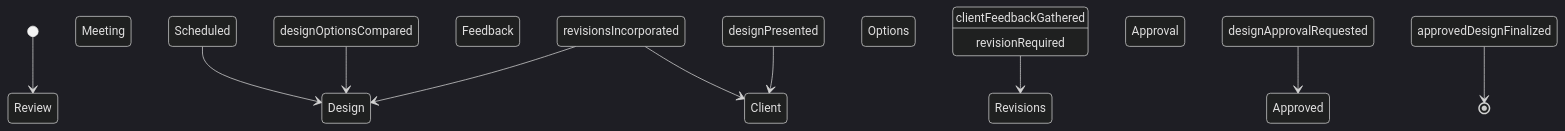
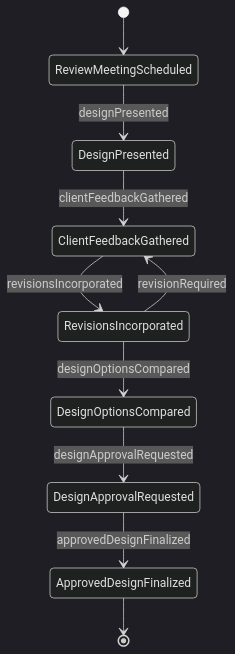
One commit to dot-org-ai/tasks.org.ai changed the second of 4 diagrams in CommunicatingWithSupervisorsPeersOrSubordinates/ConferWithClientsToDetermineNeedsOrOrderSpecifications/DiscussDesignsPlansClients.mdx. Above: the diagram before and after it, drawn with Mermaid (dark theme). The commit also changed other lines of this file and 515 other files, not shown here.

````diff
--- a/CommunicatingWithSupervisorsPeersOrSubordinates/ConferWithClientsToDetermineNeedsOrOrderSpecifications/DiscussDesignsPlansClients.mdx
+++ b/CommunicatingWithSupervisorsPeersOrSubordinates/ConferWithClientsToDetermineNeedsOrOrderSpecifications/DiscussDesignsPlansClients.mdx
@@ -100,12 +100,12 @@
 ```mermaid
 stateDiagram-v2
-    [*] --> Review Meeting Scheduled
-    Review Meeting Scheduled --> Design Presented : designPresented
-    Design Presented --> Client Feedback Gathered : clientFeedbackGathered
-    Client Feedback Gathered --> Revisions Incorporated : revisionsIncorporated
-    Revisions Incorporated --> Design Options Compared : designOptionsCompared
-    Design Options Compared --> Design Approval Requested : designApprovalRequested
-    Design Approval Requested --> Approved Design Finalized : approvedDesignFinalized
-    Revisions Incorporated --> Client Feedback Gathered : revisionRequired
-    Approved Design Finalized --> [*]
+    [*] --> ReviewMeetingScheduled
+    ReviewMeetingScheduled --> DesignPresented : designPresented
+    DesignPresented --> ClientFeedbackGathered : clientFeedbackGathered
+    ClientFeedbackGathered --> RevisionsIncorporated : revisionsIncorporated
+    RevisionsIncorporated --> DesignOptionsCompared : designOptionsCompared
+    DesignOptionsCompared --> DesignApprovalRequested : designApprovalRequested
+    DesignApprovalRequested --> ApprovedDesignFinalized : approvedDesignFinalized
+    RevisionsIncorporated --> ClientFeedbackGathered : revisionRequired
+    ApprovedDesignFinalized --> [*]
 ```
````
